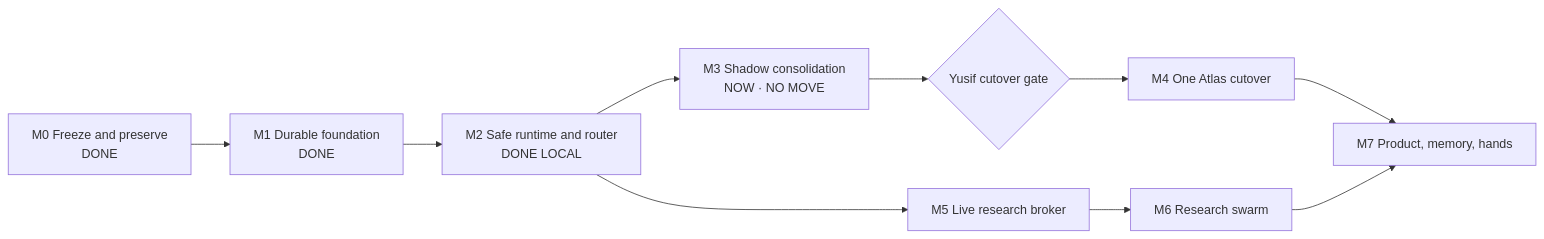
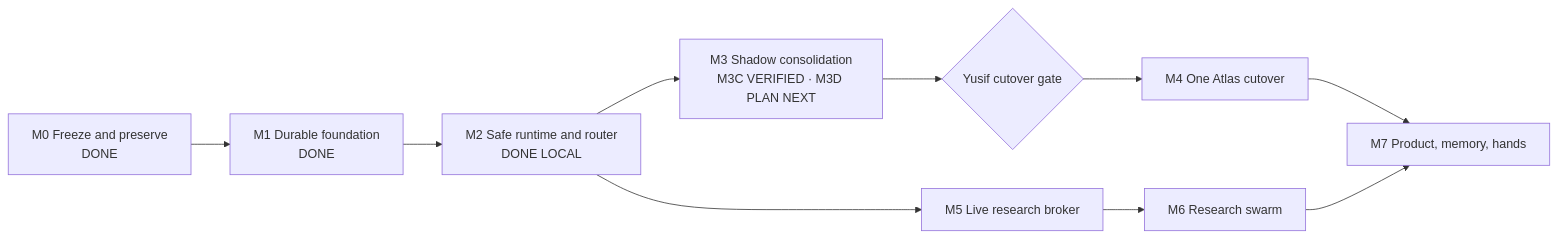
One commit to ganbaroff/atlas-cli changed the diagram in docs/atlas-cto/ATLAS-MASTER-PLAN.md. Above: the diagram before and after it, drawn with Mermaid. The commit also changed other lines of this file and 2 other files, not shown here.

````diff
--- a/docs/atlas-cto/ATLAS-MASTER-PLAN.md
+++ b/docs/atlas-cto/ATLAS-MASTER-PLAN.md
@@ -29,17 +29,17 @@
 ```mermaid
 flowchart LR
     M0["M0 Freeze and preserve<br/>DONE"]
     M1["M1 Durable foundation<br/>DONE"]
     M2["M2 Safe runtime and router<br/>DONE LOCAL"]
-    M3["M3 Shadow consolidation<br/>NOW · NO MOVE"]
+    M3["M3 Shadow consolidation<br/>M3C VERIFIED · M3D PLAN NEXT"]
     G{"Yusif cutover gate"}
     M4["M4 One Atlas cutover"]
     M5["M5 Live research broker"]
     M6["M6 Research swarm"]
     M7["M7 Product, memory, hands"]
 
     M0 --> M1 --> M2 --> M3 --> G --> M4
     M2 --> M5 --> M6
     M4 --> M7
     M6 --> M7
 ```
````
